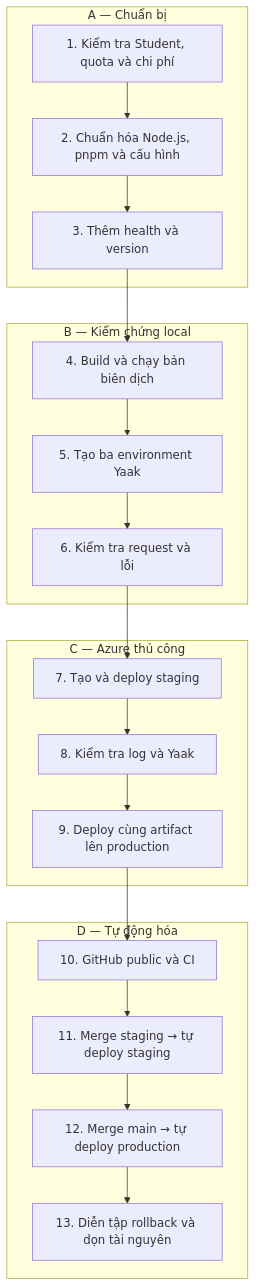
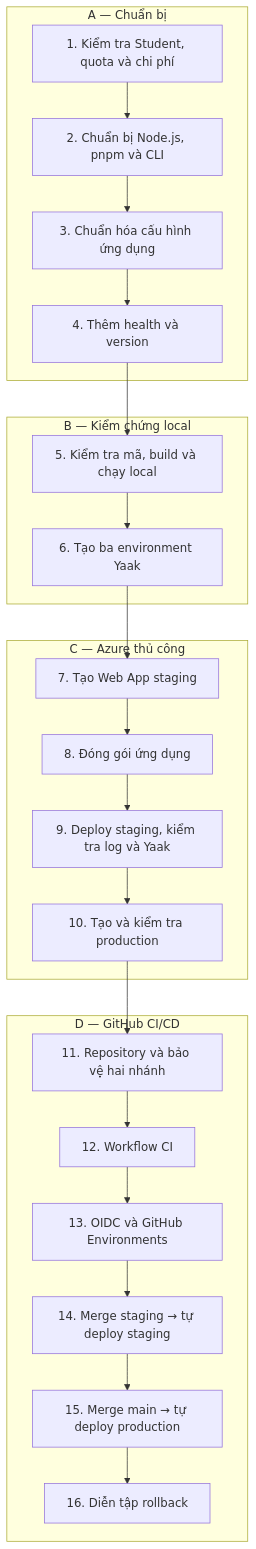
One commit to 21550022/aemi-be-nest changed the fourth of 4 diagrams in docs/plans/azure-env-deploy-ci-cd.md. Above: the diagram before and after it, drawn with Mermaid. The commit also changed 1 other file, not shown here.

Commit message:
Ghi nhận diễn tập rollback và đồng bộ sơ đồ triển khai

````diff
--- a/docs/plans/azure-env-deploy-ci-cd.md
+++ b/docs/plans/azure-env-deploy-ci-cd.md
@@ -430,35 +430,38 @@
 ```mermaid
 flowchart TB
     subgraph prepareGroup["A — Chuẩn bị"]
         aOne["1. Kiểm tra Student, quota và chi phí"]
-        aTwo["2. Chuẩn hóa Node.js, pnpm và cấu hình"]
-        aThree["3. Thêm health và version"]
-        aOne --> aTwo --> aThree
+        aTwo["2. Chuẩn bị Node.js, pnpm và CLI"]
+        aThree["3. Chuẩn hóa cấu hình ứng dụng"]
+        aFour["4. Thêm health và version"]
+        aOne --> aTwo --> aThree --> aFour
     end
 
     subgraph localGroup["B — Kiểm chứng local"]
-        bOne["4. Build và chạy bản biên dịch"]
-        bTwo["5. Tạo ba environment Yaak"]
-        bThree["6. Kiểm tra request và lỗi"]
-        bOne --> bTwo --> bThree
+        bOne["5. Kiểm tra mã, build và chạy local"]
+        bTwo["6. Tạo ba environment Yaak"]
+        bOne --> bTwo
     end
 
     subgraph manualGroup["C — Azure thủ công"]
-        cOne["7. Tạo và deploy staging"]
-        cTwo["8. Kiểm tra log và Yaak"]
-        cThree["9. Deploy cùng artifact lên production"]
-        cOne --> cTwo --> cThree
+        cOne["7. Tạo Web App staging"]
+        cTwo["8. Đóng gói ứng dụng"]
+        cThree["9. Deploy staging, kiểm tra log và Yaak"]
+        cFour["10. Tạo và kiểm tra production"]
+        cOne --> cTwo --> cThree --> cFour
     end
 
-    subgraph automationGroup["D — Tự động hóa"]
-        dOne["10. GitHub public và CI"]
-        dTwo["11. Merge staging → tự deploy staging"]
-        dThree["12. Merge main → tự deploy production"]
-        dFour["13. Diễn tập rollback và dọn tài nguyên"]
-        dOne --> dTwo --> dThree --> dFour
+    subgraph automationGroup["D — GitHub CI/CD"]
+        dOne["11. Repository và bảo vệ hai nhánh"]
+        dTwo["12. Workflow CI"]
+        dThree["13. OIDC và GitHub Environments"]
+        dFour["14. Merge staging → tự deploy staging"]
+        dFive["15. Merge main → tự deploy production"]
+        dSix["16. Diễn tập rollback"]
+        dOne --> dTwo --> dThree --> dFour --> dFive --> dSix
     end
 
-    aThree --> bOne
-    bThree --> cOne
-    cThree --> dOne
+    aFour --> bOne
+    bTwo --> cOne
+    cFour --> dOne
 ```
````
